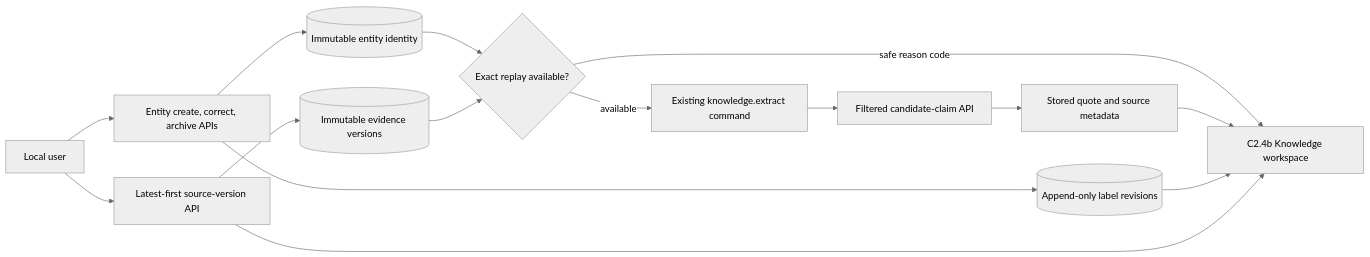
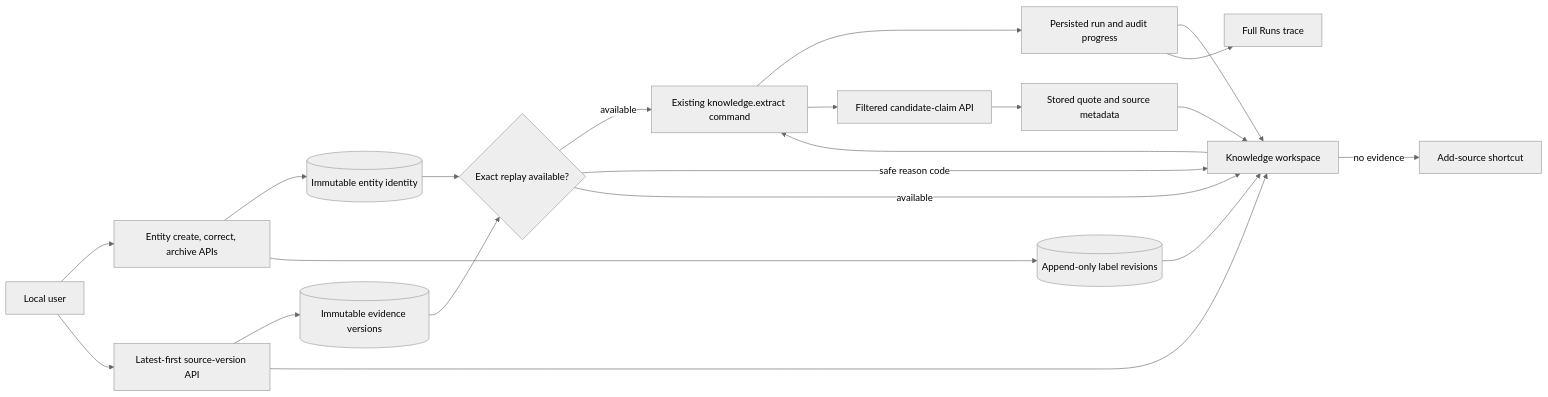
One commit to Wenqi77Zhang/GameCrafter-Agent changed diagram 13 of 15 in docs/architecture/system-architecture.md. Above: the diagram before and after it, drawn with Mermaid (neutral theme). The commit also changed other lines of this file and 9 other files, not shown here.

First line of the commit message:
build: add C2.4b Knowledge workspace (#11)

````diff
--- a/docs/architecture/system-architecture.md
+++ b/docs/architecture/system-architecture.md
@@ -430,26 +430,33 @@
 ```mermaid
 flowchart LR
     HUMAN["Local user"]
     ENTITY_API["Entity create, correct, archive APIs"]
     STABLE[("Immutable entity identity")]
     REVISIONS[("Append-only label revisions")]
     VERSION_API["Latest-first source-version API"]
     VERSIONS[("Immutable evidence versions")]
     CAPABILITY{"Exact replay available?"}
     EXTRACT["Existing knowledge.extract command"]
     CLAIM_API["Filtered candidate-claim API"]
     EVIDENCE["Stored quote and source metadata"]
-    UI_NEXT["C2.4b Knowledge workspace"]
+    UI["Knowledge workspace"]
+    PROGRESS["Persisted run and audit progress"]
+    RUNS_UI["Full Runs trace"]
+    SOURCES_UI["Add-source shortcut"]
 
     HUMAN --> ENTITY_API
     ENTITY_API --> STABLE
     ENTITY_API --> REVISIONS
     HUMAN --> VERSION_API --> VERSIONS
     STABLE --> CAPABILITY
     VERSIONS --> CAPABILITY
     CAPABILITY -->|"available"| EXTRACT
-    CAPABILITY -->|"safe reason code"| UI_NEXT
-    EXTRACT --> CLAIM_API --> EVIDENCE --> UI_NEXT
-    REVISIONS --> UI_NEXT
-    VERSION_API --> UI_NEXT
+    CAPABILITY -->|"safe reason code"| UI
+    CAPABILITY -->|"available"| UI --> EXTRACT
+    EXTRACT --> PROGRESS --> UI
+    PROGRESS --> RUNS_UI
+    EXTRACT --> CLAIM_API --> EVIDENCE --> UI
+    REVISIONS --> UI
+    VERSION_API --> UI
+    UI -->|"no evidence"| SOURCES_UI
 ```
````
